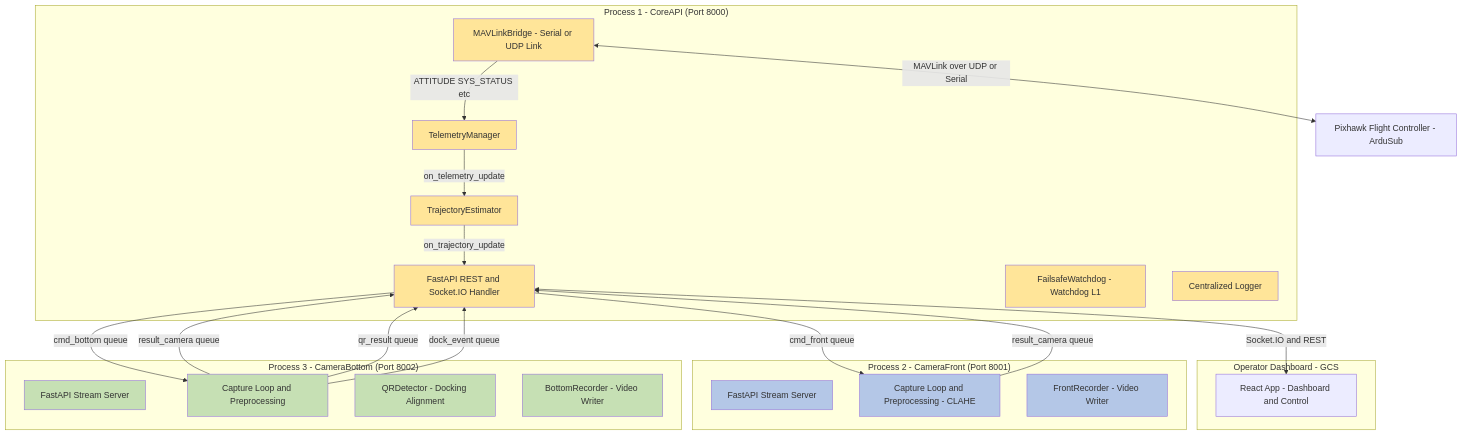
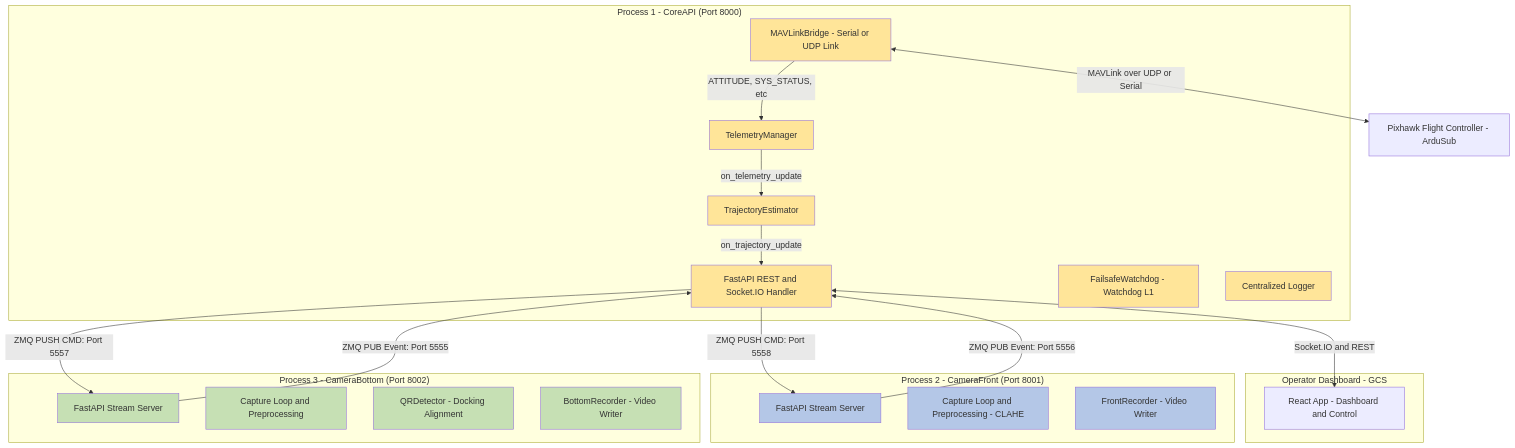
One commit to netph4ntom/rov_systemv3 changed the first of 2 diagrams in document.md. Above: the diagram before and after it, drawn with Mermaid. The commit also changed other lines of this file and 2 other files, not shown here.

````diff
--- a/document.md
+++ b/document.md
@@ -13,62 +14,60 @@
 ```mermaid
 graph TD
 
     subgraph "Operator Dashboard - GCS"
         React["React App - Dashboard and Control"]
     end
 
     subgraph "Process 1 - CoreAPI (Port 8000)"
         Routes["FastAPI REST and Socket.IO Handler"]
         MAVLink["MAVLinkBridge - Serial or UDP Link"]
         Telemetry["TelemetryManager"]
         Trajectory["TrajectoryEstimator"]
         Watchdog["FailsafeWatchdog - Watchdog L1"]
         Logger["Centralized Logger"]
     end
 
     subgraph "Process 2 - CameraFront (Port 8001)"
         FrontStream["FastAPI Stream Server"]
         FrontCap["Capture Loop and Preprocessing - CLAHE"]
         FrontRec["FrontRecorder - Video Writer"]
     end
 
     subgraph "Process 3 - CameraBottom (Port 8002)"
         BottomStream["FastAPI Stream Server"]
         BottomCap["Capture Loop and Preprocessing"]
         QRDet["QRDetector - Docking Alignment"]
         BottomRec["BottomRecorder - Video Writer"]
     end
 
     Pixhawk["Pixhawk Flight Controller - ArduSub"]
 
-    %% IPC Queues
-    Routes -->|cmd_front queue| FrontCap
-    Routes -->|cmd_bottom queue| BottomCap
-    FrontCap -->|result_camera queue| Routes
-    BottomCap -->|result_camera queue| Routes
-    BottomCap -->|qr_result queue| Routes
-    BottomCap -->|dock_event queue| Routes
+    %% IPC ZMQ Channels
+    Routes -->|ZMQ PUSH CMD: Port 5558| FrontStream
+    Routes -->|ZMQ PUSH CMD: Port 5557| BottomStream
+    FrontStream -->|ZMQ PUB Event: Port 5556| Routes
+    BottomStream -->|ZMQ PUB Event: Port 5555| Routes
 
     %% Internal Data Flow
-    MAVLink -->|ATTITUDE SYS_STATUS etc| Telemetry
+    MAVLink -->|ATTITUDE, SYS_STATUS, etc| Telemetry
     Telemetry -->|on_telemetry_update| Trajectory
     Trajectory -->|on_trajectory_update| Routes
     Routes <-->|Socket.IO and REST| React
     MAVLink <-->|MAVLink over UDP or Serial| Pixhawk
 
     style Routes fill:#FFE599
     style MAVLink fill:#FFE599
     style Telemetry fill:#FFE599
     style Trajectory fill:#FFE599
     style Watchdog fill:#FFE599
     style Logger fill:#FFE599
 
     style FrontStream fill:#B4C7E7
     style FrontCap fill:#B4C7E7
     style FrontRec fill:#B4C7E7
 
     style BottomStream fill:#C6E0B4
     style BottomCap fill:#C6E0B4
     style QRDet fill:#C6E0B4
     style BottomRec fill:#C6E0B4
 ```
````
